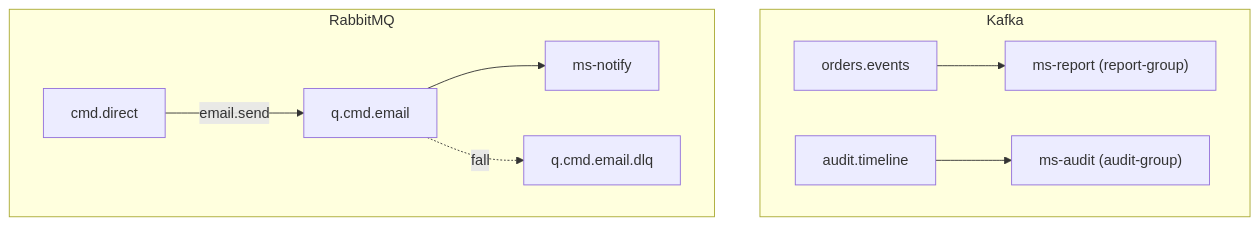
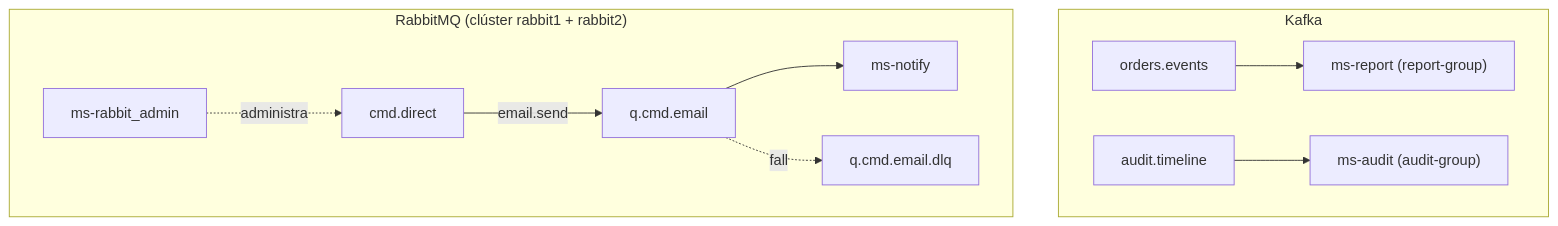
Before and after one commit to meninaaa/pedidos360-backend: the third of 3 diagrams in README.md, drawn with Mermaid. The commit also changed other lines of this file, not shown here.

First line of the commit message:
Enhance README with RabbitMQ admin service details

````diff
--- a/README.md
+++ b/README.md
@@ -89,12 +92,13 @@
 ```mermaid
 graph TB
     subgraph Kafka
         T1["orders.events"] --> REP["ms-report (report-group)"]
         T2["audit.timeline"] --> AUD["ms-audit (audit-group)"]
     end
-    subgraph RabbitMQ
+    subgraph RabbitMQ["RabbitMQ (clúster rabbit1 + rabbit2)"]
         EX["cmd.direct"] -->|email.send| Q1["q.cmd.email"]
         Q1 --> NOT["ms-notify"]
         Q1 -.fallo.-> DLQ1["q.cmd.email.dlq"]
+        ADM["ms-rabbit_admin"] -.administra.-> EX
     end
 ```
````
